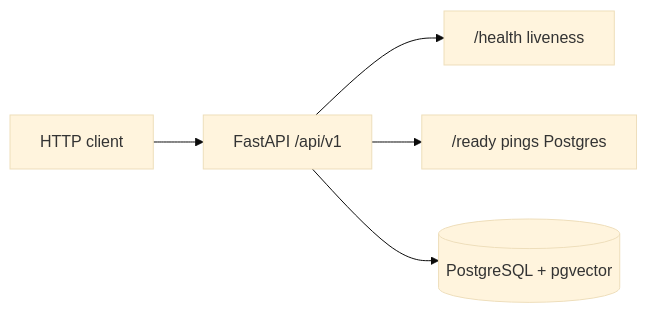
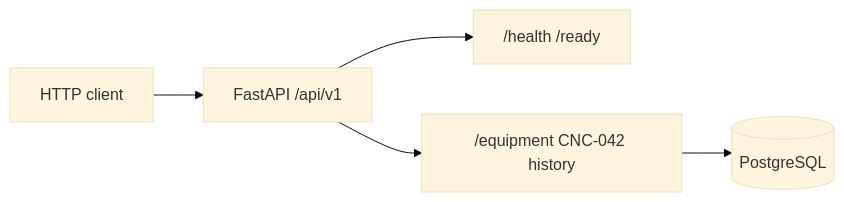
The second of 2 diagrams in README.md (StrangePhoton/ForgeFlowAI), drawn with Mermaid (base theme) before and after one commit. The commit also changed other lines of this file and 40 other files, not shown here.

````diff
--- a/README.md
+++ b/README.md
@@ -50,7 +51,7 @@
 ```mermaid
 flowchart LR
     Client[HTTP client] --> API[FastAPI /api/v1]
-    API --> Health["/health liveness"]
-    API --> Ready["/ready pings Postgres"]
-    API --> DB[(PostgreSQL + pgvector)]
+    API --> Health["/health /ready"]
+    API --> Equip["/equipment CNC-042 history"]
+    Equip --> DB[(PostgreSQL)]
 ```
````
